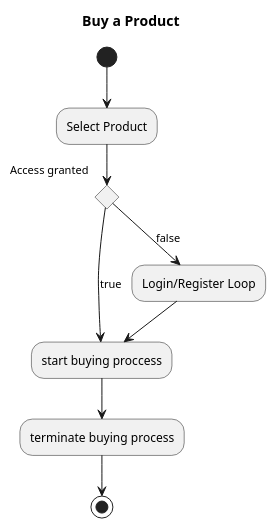
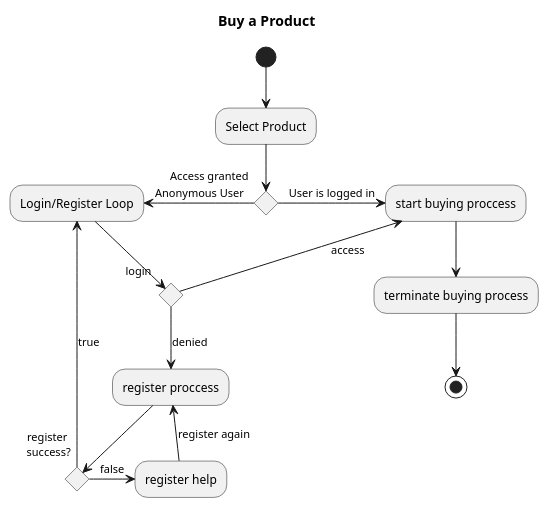
One commit to MatthiasHertel/softwaretechnik changed the diagram in 05_uml-unified_modeling_language/03_project_shop/01_activity_diagramm/activity_shop.pu. Above: the diagram before and after it, drawn with PlantUML.

Commit message:
good state for pre condition <register-process> - but there is no clarify about anonymous buying

```diff
--- a/05_uml-unified_modeling_language/03_project_shop/01_activity_diagramm/activity_shop.pu
+++ b/05_uml-unified_modeling_language/03_project_shop/01_activity_diagramm/activity_shop.pu
@@ -1,16 +1,28 @@
 @startuml
 title Buy a Product
 
 (*) --> "Select Product"
 
+ /''pre condition - acces is granted'/
 if "Access granted" then
-  ->[true] "start buying proccess"
+  ->[User is logged in] "start buying proccess"
   --> "terminate buying process"
   --> (*)
 
 else
-  -down->[false] "Login/Register Loop"
-  --> "start buying proccess"
+  -left->[Anonymous User] "Login/Register Loop"
+  if "login" then
+  -up-> [access] "start buying proccess"
+  else
+   /''TODO Anonymous buying is a use case ?'/ 
+  -down-> [denied] "register proccess"
+    if "register\n success?" then
+    -up-> [true] "Login/Register Loop"
+    else
+    -right-> [false] "register help"
+    -up-> [register again] "register proccess"
+    endif
+  endif
 endif
 
 @enduml
```
